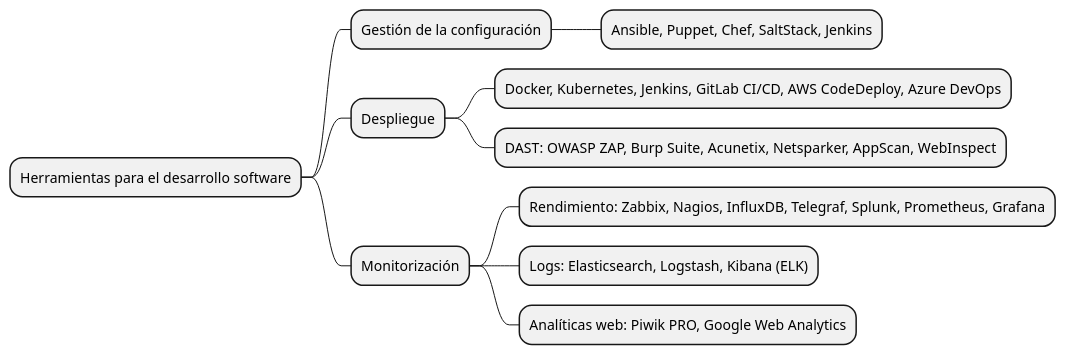
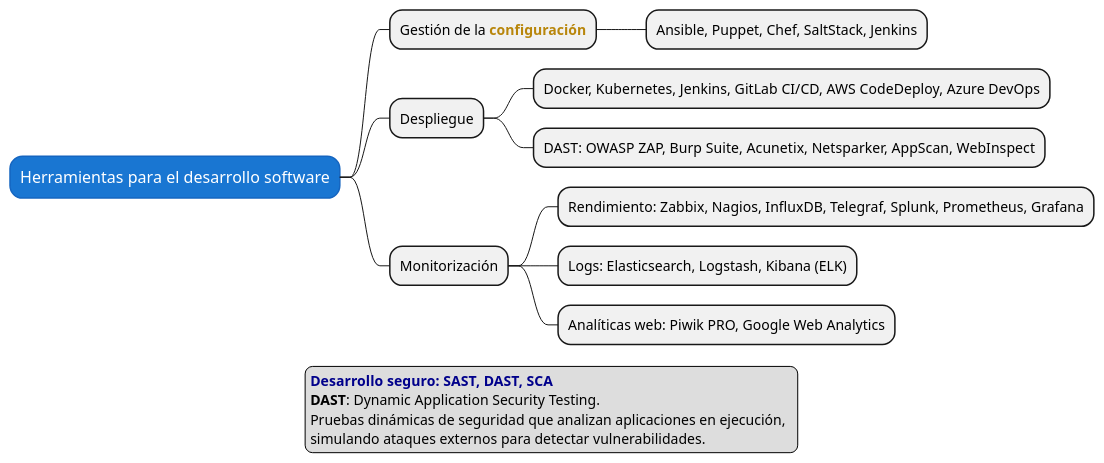
One commit to luisgomezgithub/CursoGit changed the third of 5 diagrams in 2.Herramientas.puml. Above: the diagram before and after it, drawn with PlantUML. The commit also changed other lines of this file and 13 other files, not shown here.

```diff
--- a/2.Herramientas.puml
+++ b/2.Herramientas.puml
@@ -51,12 +70,29 @@
 @startmindmap
+<style>
+mindmapDiagram {
+rootNode {
+    BackGroundColor #1976D2
+    FontColor white
+    FontSize 16
+    LineColor #1565C0
+  }
+}
+</style>
 * Herramientas para el desarrollo software
-** Gestión de la configuración
+** Gestión de la <color DarkGoldenRod>**configuración**
 *** Ansible, Puppet, Chef, SaltStack, Jenkins
 ** Despliegue
 *** Docker, Kubernetes, Jenkins, GitLab CI/CD, AWS CodeDeploy, Azure DevOps
 *** DAST: OWASP ZAP, Burp Suite, Acunetix, Netsparker, AppScan, WebInspect
 ** Monitorización
 *** Rendimiento: Zabbix, Nagios, InfluxDB, Telegraf, Splunk, Prometheus, Grafana
 *** Logs: Elasticsearch, Logstash, Kibana (ELK)
 *** Analíticas web: Piwik PRO, Google Web Analytics
+
+legend bottom
+<color DarkBlue>**Desarrollo seguro: SAST, DAST, SCA**
+**DAST**: Dynamic Application Security Testing.  
+Pruebas dinámicas de seguridad que analizan aplicaciones en ejecución,  
+simulando ataques externos para detectar vulnerabilidades.
+endlegend
 @endmindmap
```
